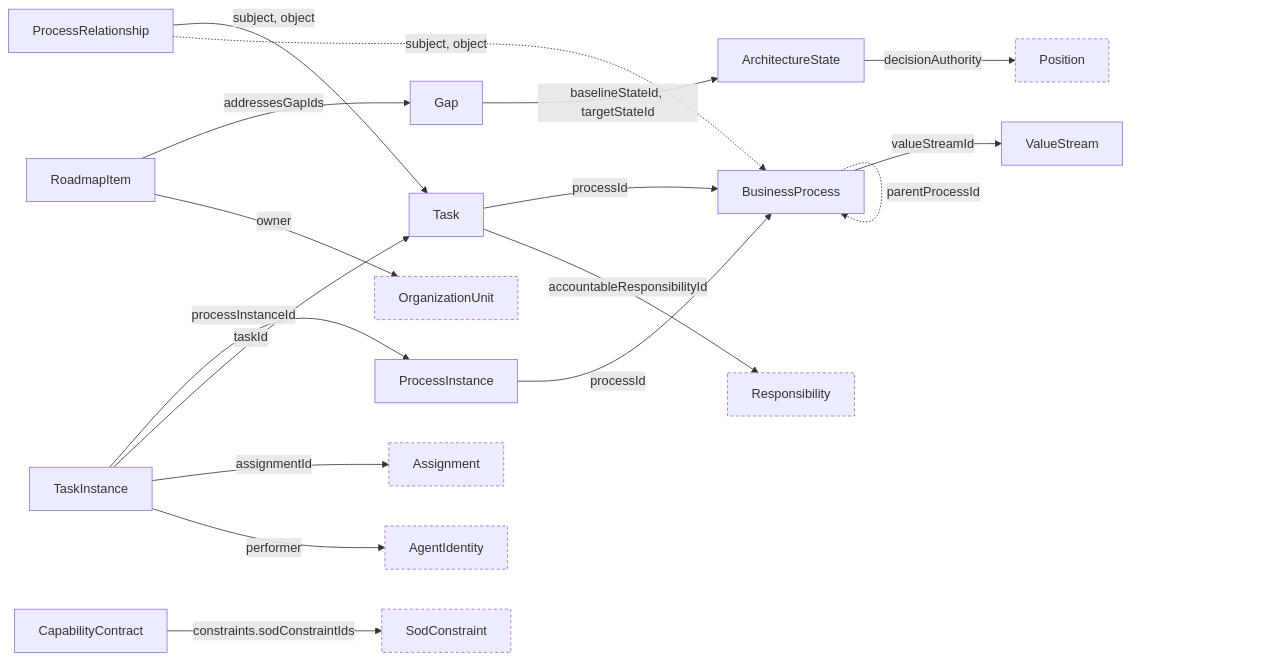
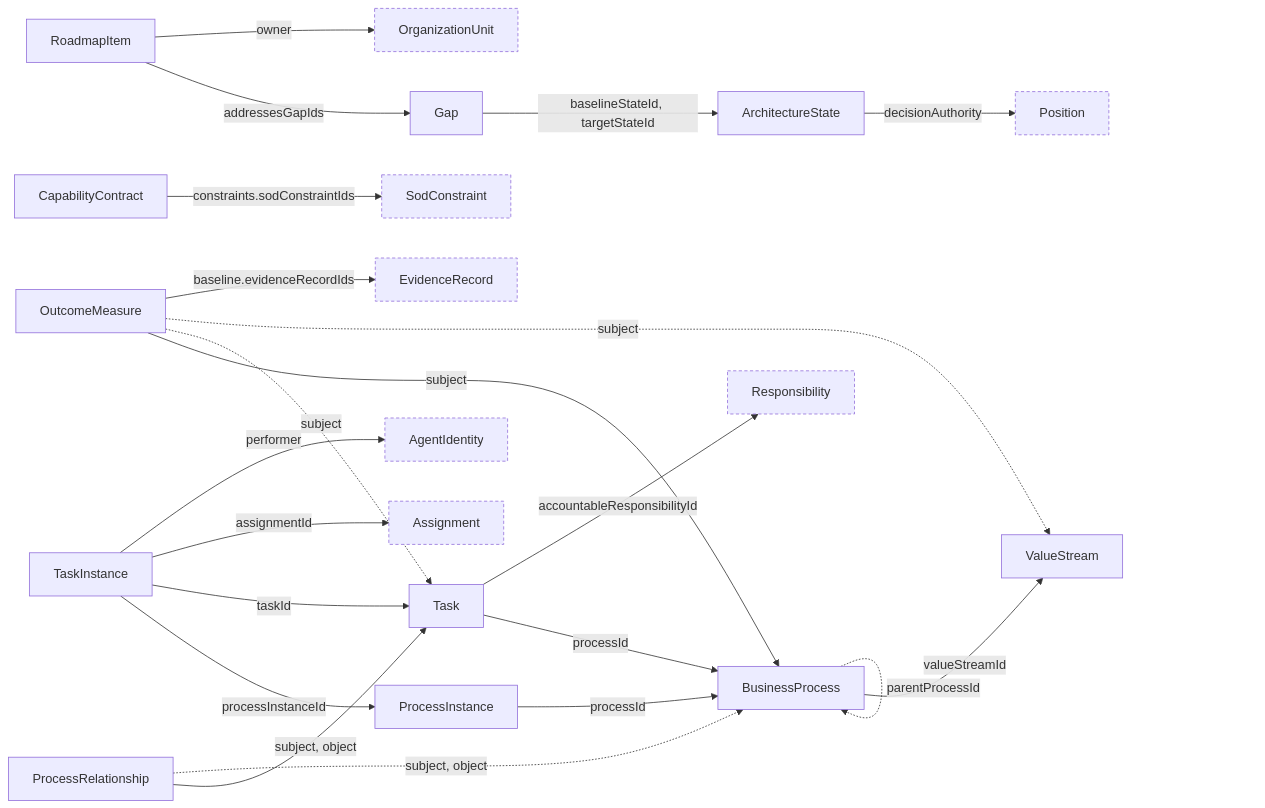
The diagram in schema/process/README.md (nauticana/charter), drawn with Mermaid before and after one commit. The commit also changed other lines of this file and 46 other files, not shown here.

````diff
--- a/schema/process/README.md
+++ b/schema/process/README.md
@@ -9,22 +9,26 @@
 ```mermaid
 flowchart LR
     BusinessProcess -->|valueStreamId| ValueStream
     BusinessProcess -.->|parentProcessId| BusinessProcess
     Task -->|processId| BusinessProcess
     Task -->|accountableResponsibilityId| Responsibility
     ProcessRelationship -->|subject, object| Task
     ProcessRelationship -.->|subject, object| BusinessProcess
     ProcessInstance -->|processId| BusinessProcess
     TaskInstance -->|processInstanceId| ProcessInstance
     TaskInstance -->|taskId| Task
     TaskInstance -->|assignmentId| Assignment
     TaskInstance -->|performer| AgentIdentity
     CapabilityContract -->|constraints.sodConstraintIds| SodConstraint
     Gap -->|baselineStateId, targetStateId| ArchitectureState
     RoadmapItem -->|addressesGapIds| Gap
     RoadmapItem -->|owner| OrganizationUnit
     ArchitectureState -->|decisionAuthority| Position
+    OutcomeMeasure -->|subject| BusinessProcess
+    OutcomeMeasure -.->|subject| Task
+    OutcomeMeasure -.->|subject| ValueStream
+    OutcomeMeasure -->|baseline.evidenceRecordIds| EvidenceRecord
 
     classDef ext stroke-dasharray: 4 3
-    class Responsibility,Assignment,AgentIdentity,SodConstraint,OrganizationUnit,Position ext
+    class Responsibility,Assignment,AgentIdentity,SodConstraint,OrganizationUnit,Position,EvidenceRecord ext
 ```
````
